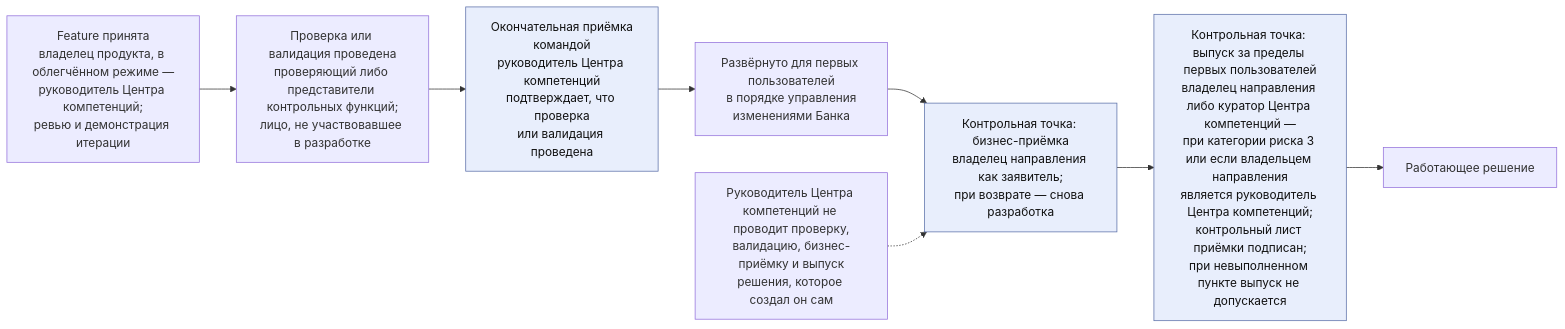
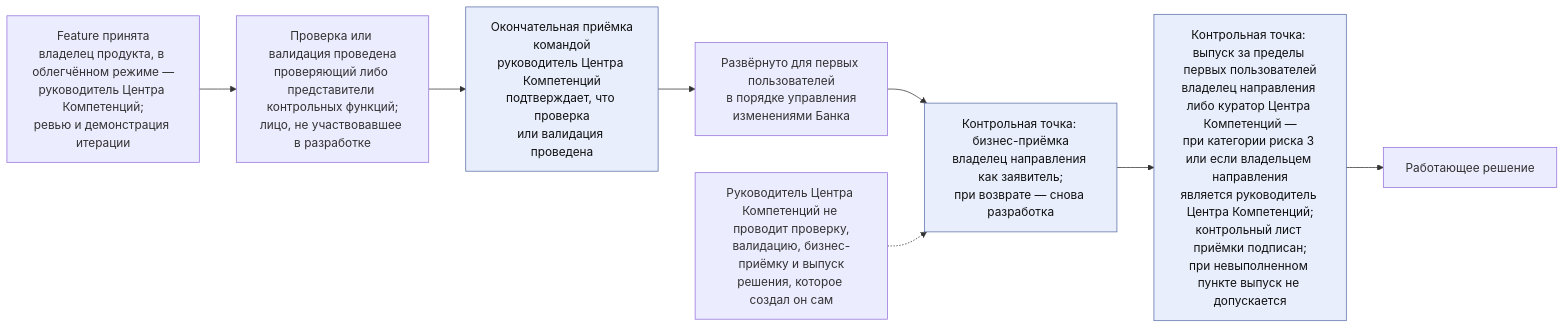
The fifth of 5 diagrams in charter/ru/guides/service-delivery-guide.md (devhogu/ob-aicc), drawn with Mermaid before and after one commit. The commit also changed other lines of this file and 550 other files, not shown here.

````diff
--- a/charter/ru/guides/service-delivery-guide.md
+++ b/charter/ru/guides/service-delivery-guide.md
@@ -115,12 +115,12 @@
 ```mermaid
 flowchart LR
-  FA["Feature принята<br/>владелец продукта, в облегчённом режиме —<br/>руководитель Центра компетенций;<br/>ревью и демонстрация итерации"] --> CV["Проверка или валидация проведена<br/>проверяющий либо представители контрольных функций;<br/>лицо, не участвовавшее в разработке"]
-  CV --> TF["Окончательная приёмка<br/>командой<br/>руководитель Центра компетенций<br/>подтверждает, что проверка<br/>или валидация проведена"]
+  FA["Feature принята<br/>владелец продукта, в облегчённом режиме —<br/>руководитель Центра Компетенций;<br/>ревью и демонстрация итерации"] --> CV["Проверка или валидация проведена<br/>проверяющий либо представители контрольных функций;<br/>лицо, не участвовавшее в разработке"]
+  CV --> TF["Окончательная приёмка<br/>командой<br/>руководитель Центра Компетенций<br/>подтверждает, что проверка<br/>или валидация проведена"]
   TF --> DP["Развёрнуто для первых пользователей<br/>в порядке управления<br/>изменениями Банка"]
   DP --> BA["Контрольная точка: бизнес-приёмка<br/>владелец направления как заявитель;<br/>при возврате — снова разработка"]
-  BA --> RL["Контрольная точка: выпуск за пределы первых пользователей<br/>владелец направления либо куратор Центра компетенций —<br/>при категории риска 3 или если владельцем направления<br/>является руководитель Центра компетенций;<br/>контрольный лист приёмки подписан;<br/>при невыполненном пункте выпуск не допускается"]
+  BA --> RL["Контрольная точка: выпуск за пределы первых пользователей<br/>владелец направления либо куратор Центра Компетенций —<br/>при категории риска 3 или если владельцем направления<br/>является руководитель Центра Компетенций;<br/>контрольный лист приёмки подписан;<br/>при невыполненном пункте выпуск не допускается"]
   RL --> LV["Работающее решение"]
-  NT["Руководитель Центра компетенций не проводит проверку,<br/>валидацию, бизнес-приёмку и выпуск<br/>решения, которое создал он сам"] -.-> BA
+  NT["Руководитель Центра Компетенций не проводит проверку,<br/>валидацию, бизнес-приёмку и выпуск<br/>решения, которое создал он сам"] -.-> BA
   classDef gate fill:#e8eefc,stroke:#5a6fa8,color:#111
   class TF,BA,RL gate
 ```
````
